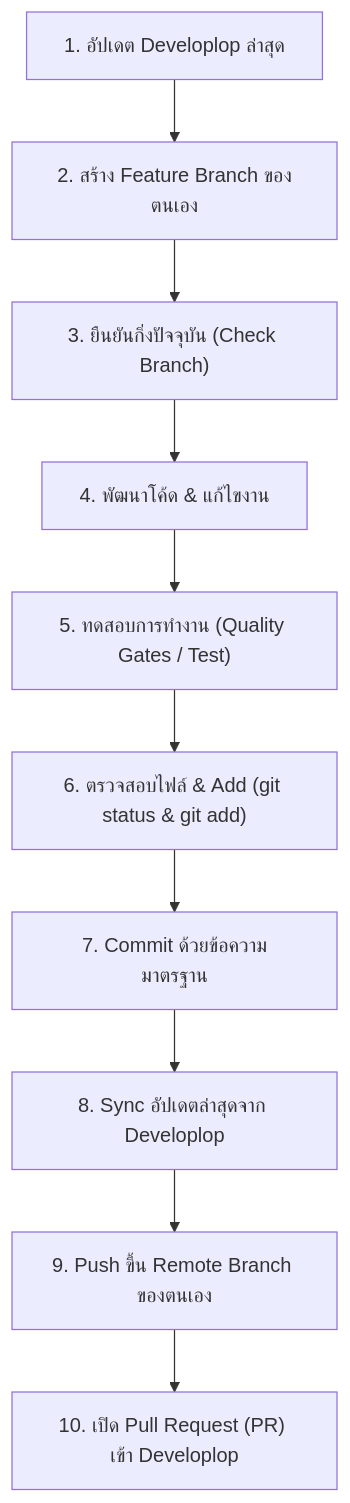
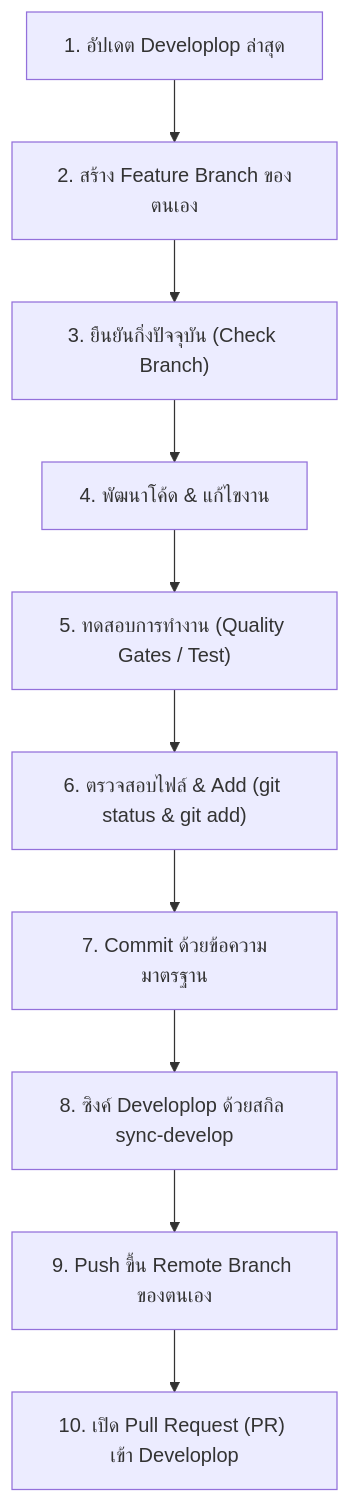
The diagram in agent.md (TeepakornJongjit/The_Project), drawn with Mermaid before and after one commit. The commit also changed other lines of this file, not shown here.

Commit message:
docs: เพิ่มข้อกำหนดการใช้สกิล sync-develop ลงใน agent.md

````diff
--- a/agent.md
+++ b/agent.md
@@ -19,12 +20,12 @@
 ```mermaid
 flowchart TD
     A["1. อัปเดต Developlop ล่าสุด"] --> B["2. สร้าง Feature Branch ของตนเอง"]
     B --> C["3. ยืนยันกิ่งปัจจุบัน (Check Branch)"]
     C --> D["4. พัฒนาโค้ด & แก้ไขงาน"]
     D --> E["5. ทดสอบการทำงาน (Quality Gates / Test)"]
     E --> F["6. ตรวจสอบไฟล์ & Add (git status & git add)"]
     F --> G["7. Commit ด้วยข้อความมาตรฐาน"]
-    G --> H["8. Sync อัปเดตล่าสุดจาก Developlop"]
+    G --> H["8. ซิงค์ Developlop ด้วยสกิล sync-develop"]
     H --> I["9. Push ขึ้น Remote Branch ของตนเอง"]
     I --> J["10. เปิด Pull Request (PR) เข้า Developlop"]
 ```
````
